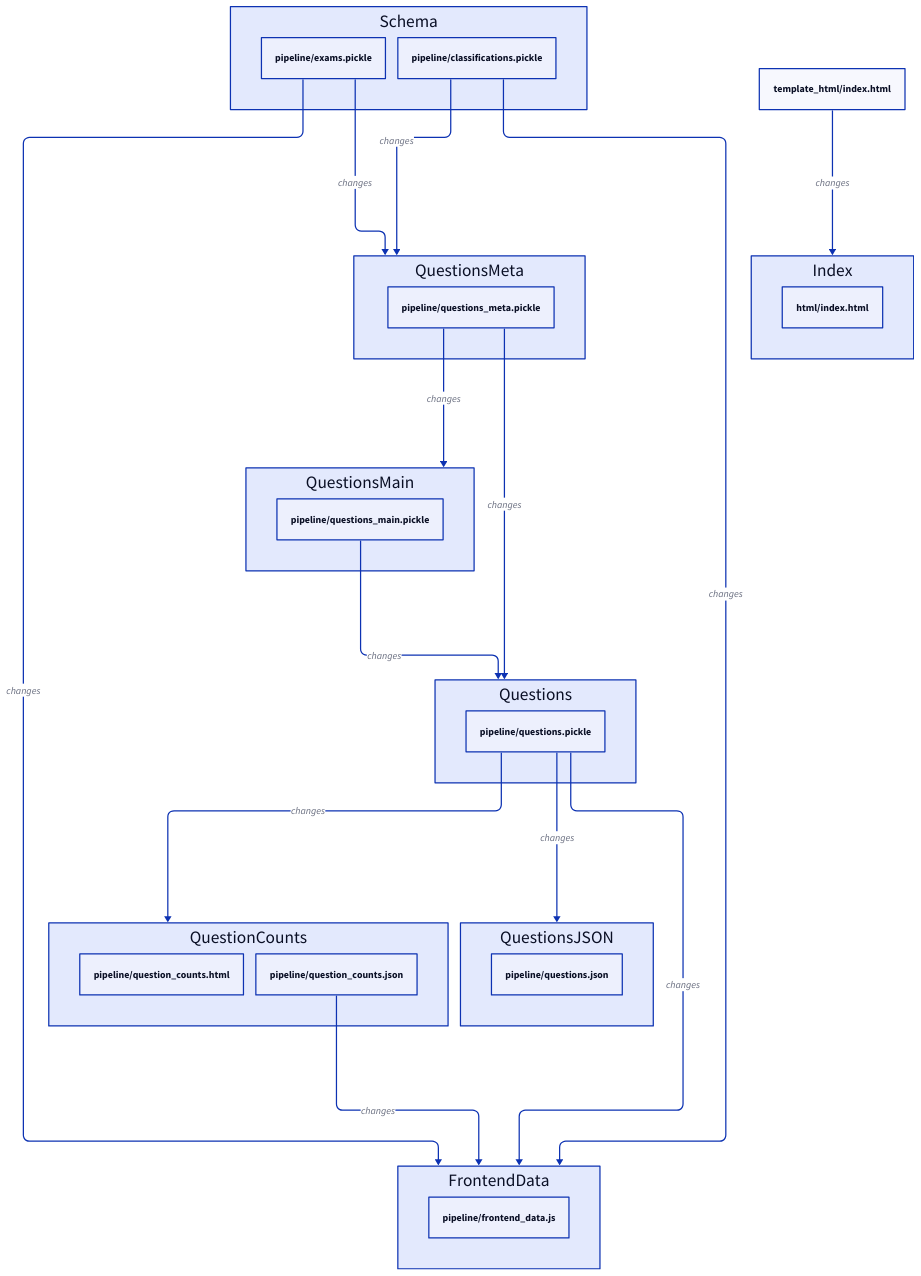
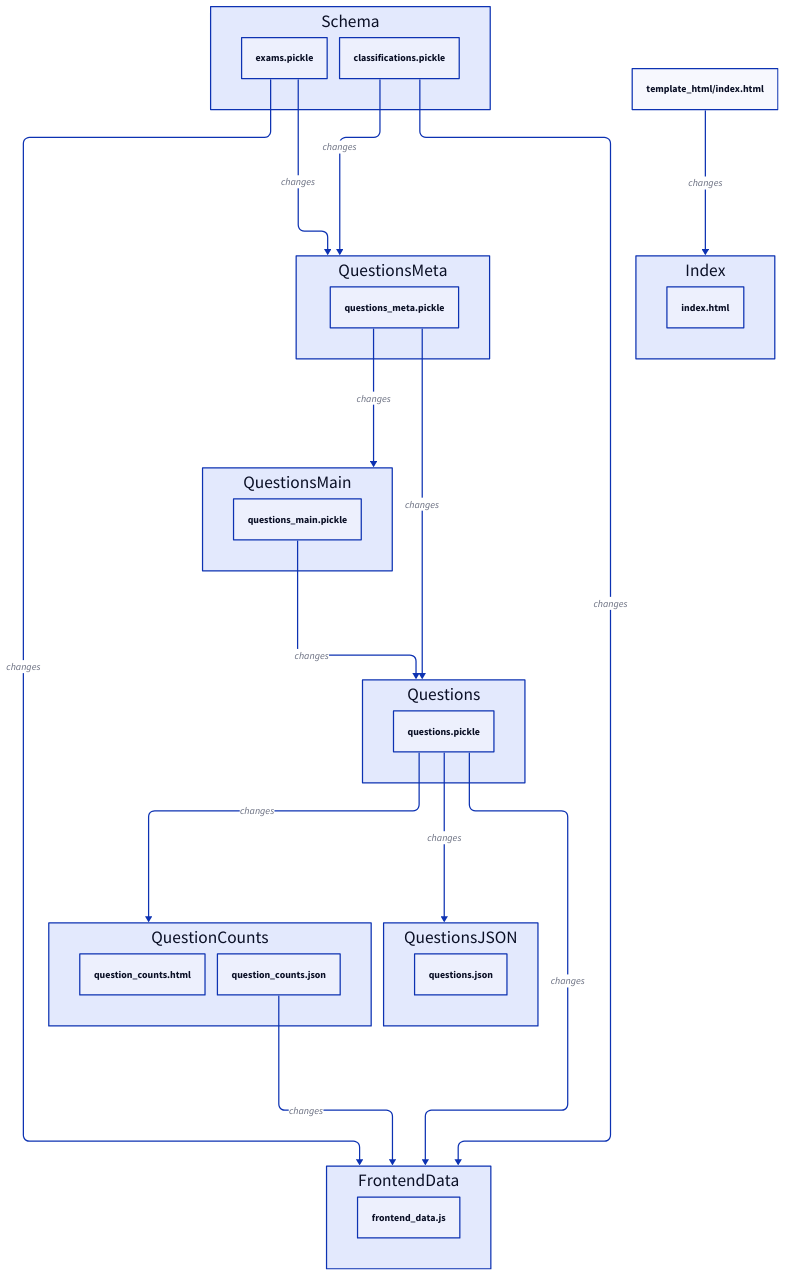
One commit to zzggbb/sat_questions changed the diagram in docs/pipeline_diagram.d2. Above: the diagram before and after it, drawn with D2. The commit also changed 26 other files, not shown here.

```diff
--- a/docs/pipeline_diagram.d2
+++ b/docs/pipeline_diagram.d2
@@ -1,39 +1,39 @@
 vars: { d2-config: { layout-engine: elk } }
 Schema: {
-'pipeline/exams.pickle'
-'pipeline/classifications.pickle'
+'exams.pickle'
+'classifications.pickle'
 }
 QuestionsMeta: {
-'pipeline/questions_meta.pickle'
+'questions_meta.pickle'
 }
-Schema.'pipeline/exams.pickle' -> QuestionsMeta: changes
-Schema.'pipeline/classifications.pickle' -> QuestionsMeta: changes
+Schema.'exams.pickle' -> QuestionsMeta: changes
+Schema.'classifications.pickle' -> QuestionsMeta: changes
 QuestionsMain: {
-'pipeline/questions_main.pickle'
+'questions_main.pickle'
 }
-QuestionsMeta.'pipeline/questions_meta.pickle' -> QuestionsMain: changes
+QuestionsMeta.'questions_meta.pickle' -> QuestionsMain: changes
 Questions: {
-'pipeline/questions.pickle'
+'questions.pickle'
 }
-QuestionsMeta.'pipeline/questions_meta.pickle' -> Questions: changes
-QuestionsMain.'pipeline/questions_main.pickle' -> Questions: changes
+QuestionsMeta.'questions_meta.pickle' -> Questions: changes
+QuestionsMain.'questions_main.pickle' -> Questions: changes
 QuestionCounts: {
-'pipeline/question_counts.html'
-'pipeline/question_counts.json'
+'question_counts.html'
+'question_counts.json'
 }
-Questions.'pipeline/questions.pickle' -> QuestionCounts: changes
+Questions.'questions.pickle' -> QuestionCounts: changes
 QuestionsJSON: {
-'pipeline/questions.json'
+'questions.json'
 }
-Questions.'pipeline/questions.pickle' -> QuestionsJSON: changes
+Questions.'questions.pickle' -> QuestionsJSON: changes
 FrontendData: {
-'pipeline/frontend_data.js'
+'frontend_data.js'
 }
-Questions.'pipeline/questions.pickle' -> FrontendData: changes
-Schema.'pipeline/exams.pickle' -> FrontendData: changes
-Schema.'pipeline/classifications.pickle' -> FrontendData: changes
-QuestionCounts.'pipeline/question_counts.json' -> FrontendData: changes
+Questions.'questions.pickle' -> FrontendData: changes
+Schema.'exams.pickle' -> FrontendData: changes
+Schema.'classifications.pickle' -> FrontendData: changes
+QuestionCounts.'question_counts.json' -> FrontendData: changes
 Index: {
-'html/index.html'
+'index.html'
 }
 'template_html/index.html' -> Index: changes
```
